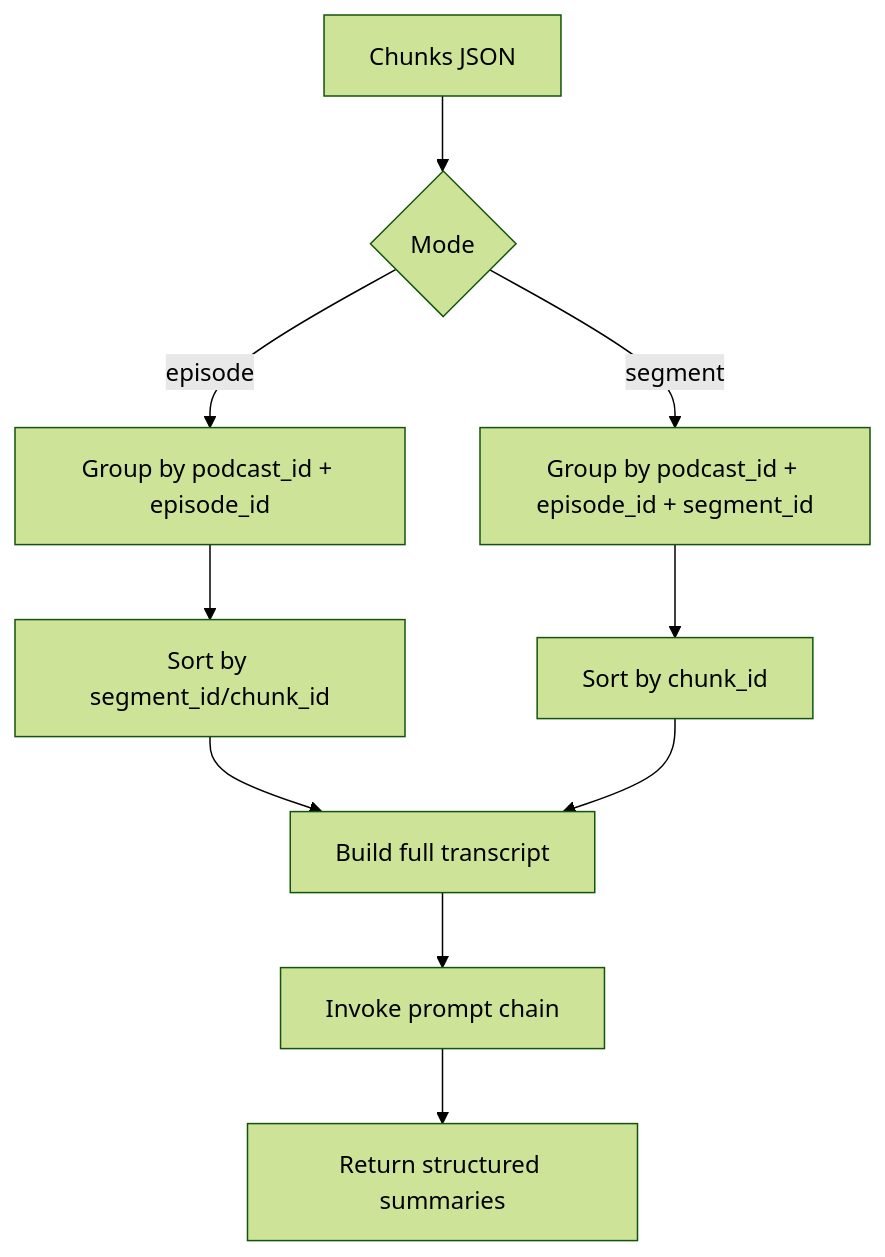
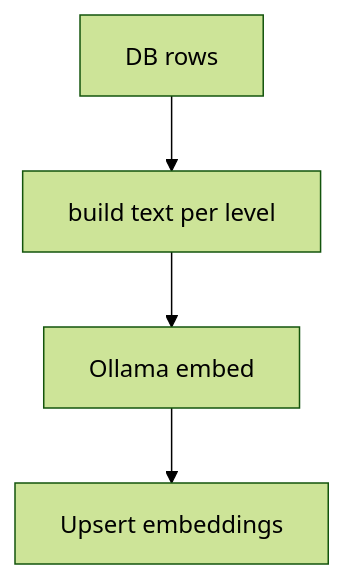
Before and after one commit to Tilmanzzz/media-lens: the fifth of 6 diagrams in docs/silver_enriched.md, drawn with Mermaid (forest theme). The commit also changed other lines of this file and 6 other files, not shown here.

````diff
--- a/docs/silver_enriched.md
+++ b/docs/silver_enriched.md
@@ -175,12 +114,6 @@
 ```mermaid
 flowchart TD
-    A[Chunks JSON] --> B{Mode}
-    B -->|episode| C[Group by podcast_id + episode_id]
-    B -->|segment| D[Group by podcast_id + episode_id + segment_id]
-    C --> E[Sort by segment_id/chunk_id]
-    D --> F[Sort by chunk_id]
-    E --> G[Build full transcript]
-    F --> G
-    G --> H[Invoke prompt chain]
-    H --> I[Return structured summaries]
+    A[DB rows] --> B[build text per level]
+    B --> C[Ollama embed]
+    C --> D[Upsert embeddings]
 ```
````
